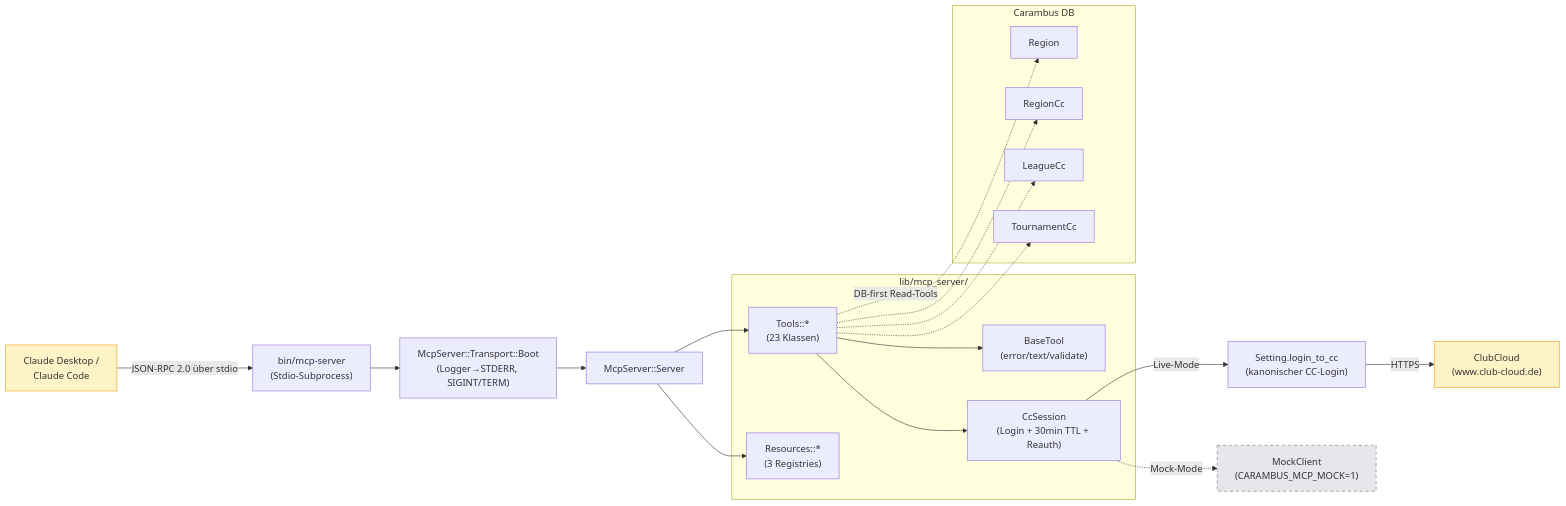
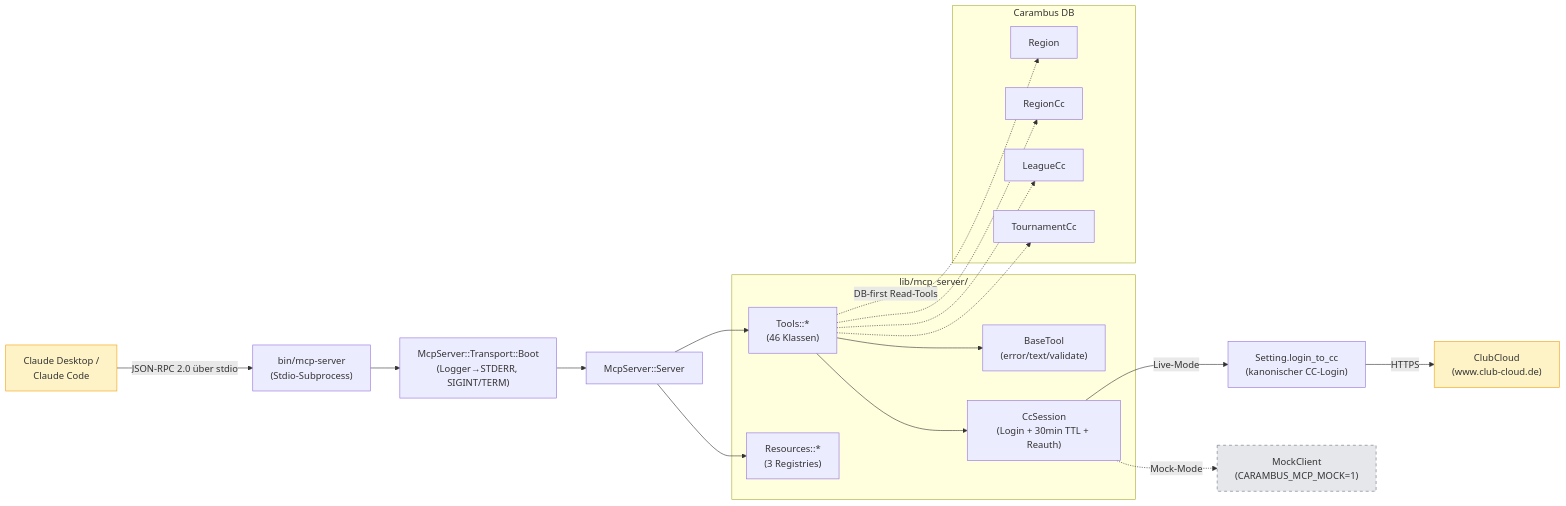
One commit to GernotUllrich/carambus changed the first of 5 diagrams in docs/developers/clubcloud-mcp-server.de.md. Above: the diagram before and after it, drawn with Mermaid. The commit also changed other lines of this file and 3 other files, not shown here.

````diff
--- a/docs/developers/clubcloud-mcp-server.de.md
+++ b/docs/developers/clubcloud-mcp-server.de.md
@@ -65,45 +68,45 @@
 ```mermaid
 flowchart LR
     Claude["Claude Desktop /<br/>Claude Code"]
     Bin["bin/mcp-server<br/>(Stdio-Subprocess)"]
     Server["McpServer::Server"]
     Boot["McpServer::Transport::Boot<br/>(Logger→STDERR, SIGINT/TERM)"]
 
     subgraph "lib/mcp_server/"
-        Tools["Tools::*<br/>(23 Klassen)"]
+        Tools["Tools::*<br/>(46 Klassen)"]
         Resources["Resources::*<br/>(3 Registries)"]
         BaseTool["BaseTool<br/>(error/text/validate)"]
         CcSession["CcSession<br/>(Login + 30min TTL + Reauth)"]
     end
 
     subgraph "Carambus DB"
         Region["Region"]
         RegionCc["RegionCc"]
         LeagueCc["LeagueCc"]
         TournamentCc["TournamentCc"]
     end
 
     Setting["Setting.login_to_cc<br/>(kanonischer CC-Login)"]
     CC["ClubCloud<br/>(www.club-cloud.de)"]
     MockClient["MockClient<br/>(CARAMBUS_MCP_MOCK=1)"]
 
     Claude -->|JSON-RPC 2.0 über stdio| Bin
     Bin --> Boot
     Boot --> Server
     Server --> Tools
     Server --> Resources
     Tools --> BaseTool
     Tools --> CcSession
     CcSession -->|Live-Mode| Setting
     Setting -->|HTTPS| CC
     CcSession -.->|Mock-Mode| MockClient
     Tools -.->|DB-first Read-Tools| Region
     Tools -.-> RegionCc
     Tools -.-> LeagueCc
     Tools -.-> TournamentCc
 
     classDef extern fill:#fef3c7,stroke:#f59e0b
     classDef mock fill:#e5e7eb,stroke:#6b7280,stroke-dasharray: 5 5
     class Claude,CC extern
     class MockClient mock
 ```
````
